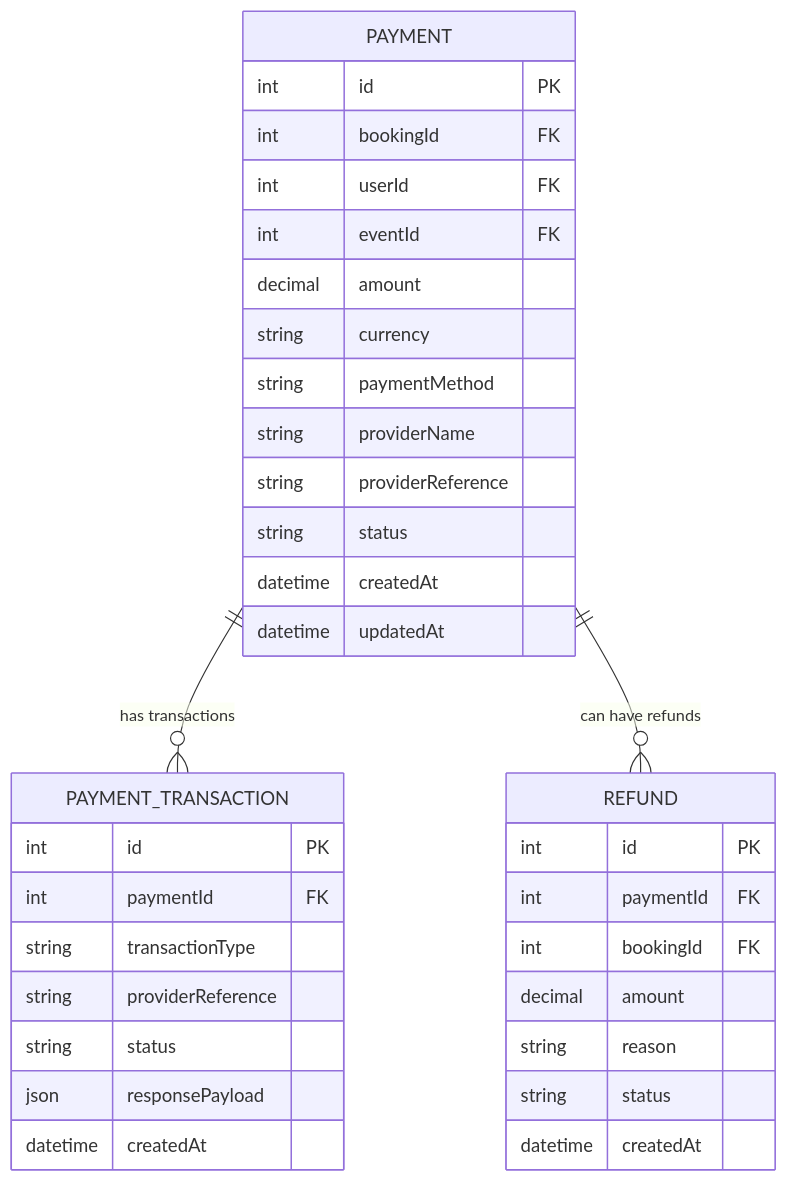
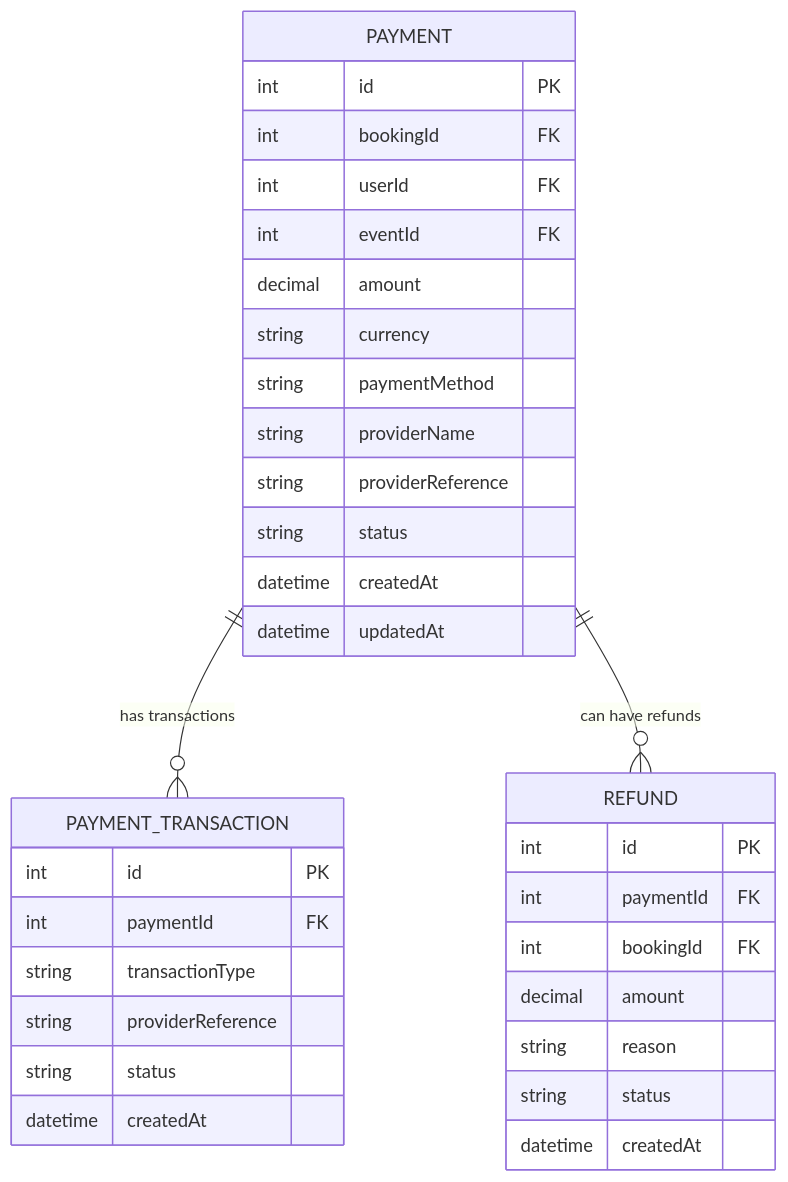
One commit to Chamodpw2000/event_ticket_booking_application changed the diagram in payment_service/ER_DIAGRAM.md. Above: the diagram before and after it, drawn with Mermaid. The commit also changed other lines of this file and 8 other files, not shown here.

````diff
--- a/payment_service/ER_DIAGRAM.md
+++ b/payment_service/ER_DIAGRAM.md
@@ -5,38 +5,37 @@
 ```mermaid
 erDiagram
     PAYMENT {
         int id PK
         int bookingId FK
         int userId FK
         int eventId FK
         decimal amount
         string currency
         string paymentMethod
         string providerName
         string providerReference
         string status
         datetime createdAt
         datetime updatedAt
     }
     PAYMENT_TRANSACTION {
         int id PK
         int paymentId FK
         string transactionType
         string providerReference
         string status
-        json responsePayload
         datetime createdAt
     }
     REFUND {
         int id PK
         int paymentId FK
         int bookingId FK
         decimal amount
         string reason
         string status
         datetime createdAt
     }
 
     PAYMENT ||--o{ PAYMENT_TRANSACTION : "has transactions"
     PAYMENT ||--o{ REFUND : "can have refunds"
 ```
````
